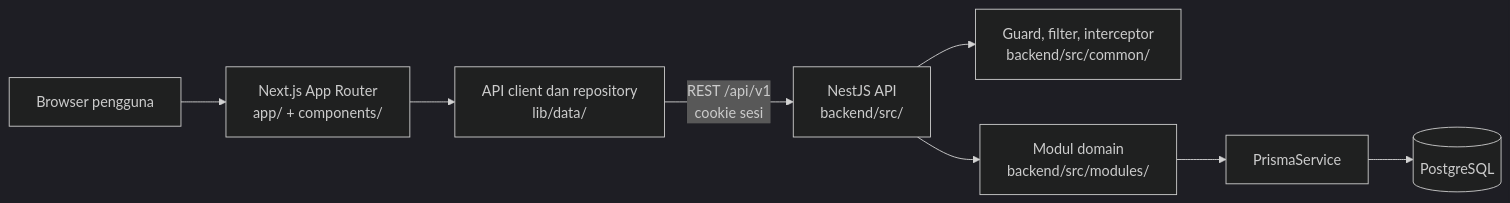
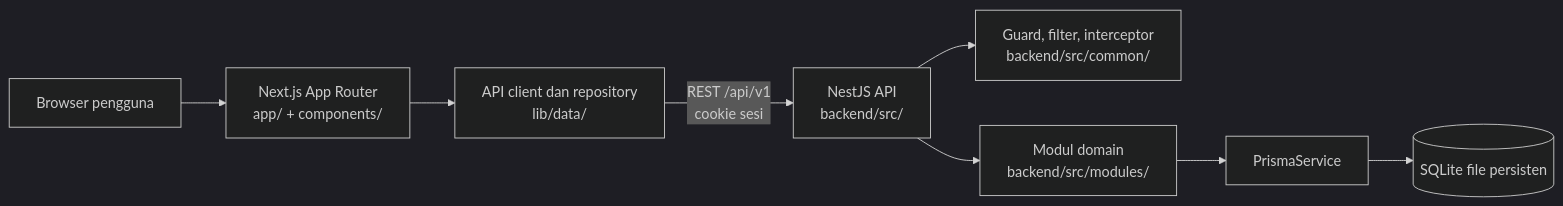
Before and after one commit to Fachri-analys/presensi-siswa: the diagram in docs/PROJECT-MAP.md, drawn with Mermaid (dark theme). The commit also changed other lines of this file and 34 other files, not shown here.

````diff
--- a/docs/PROJECT-MAP.md
+++ b/docs/PROJECT-MAP.md
@@ -9,10 +9,10 @@
 ```mermaid
 flowchart LR
     browser[Browser pengguna] --> next[Next.js App Router<br/>app/ + components/]
     next --> adapters[API client dan repository<br/>lib/data/]
     adapters -->|REST /api/v1<br/>cookie sesi| nest[NestJS API<br/>backend/src/]
     nest --> common[Guard, filter, interceptor<br/>backend/src/common/]
     nest --> modules[Modul domain<br/>backend/src/modules/]
     modules --> prisma[PrismaService]
-    prisma --> postgres[(PostgreSQL)]
+    prisma --> sqlite[(SQLite file persisten)]
 ```
````
